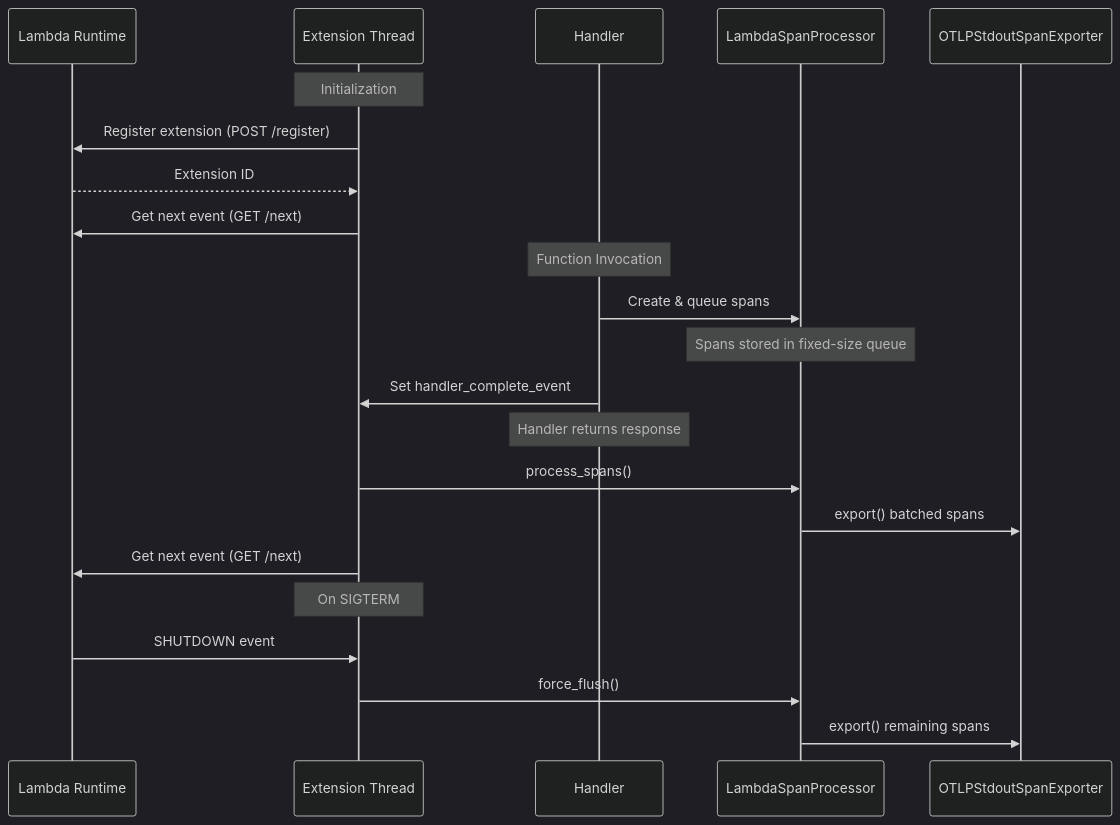
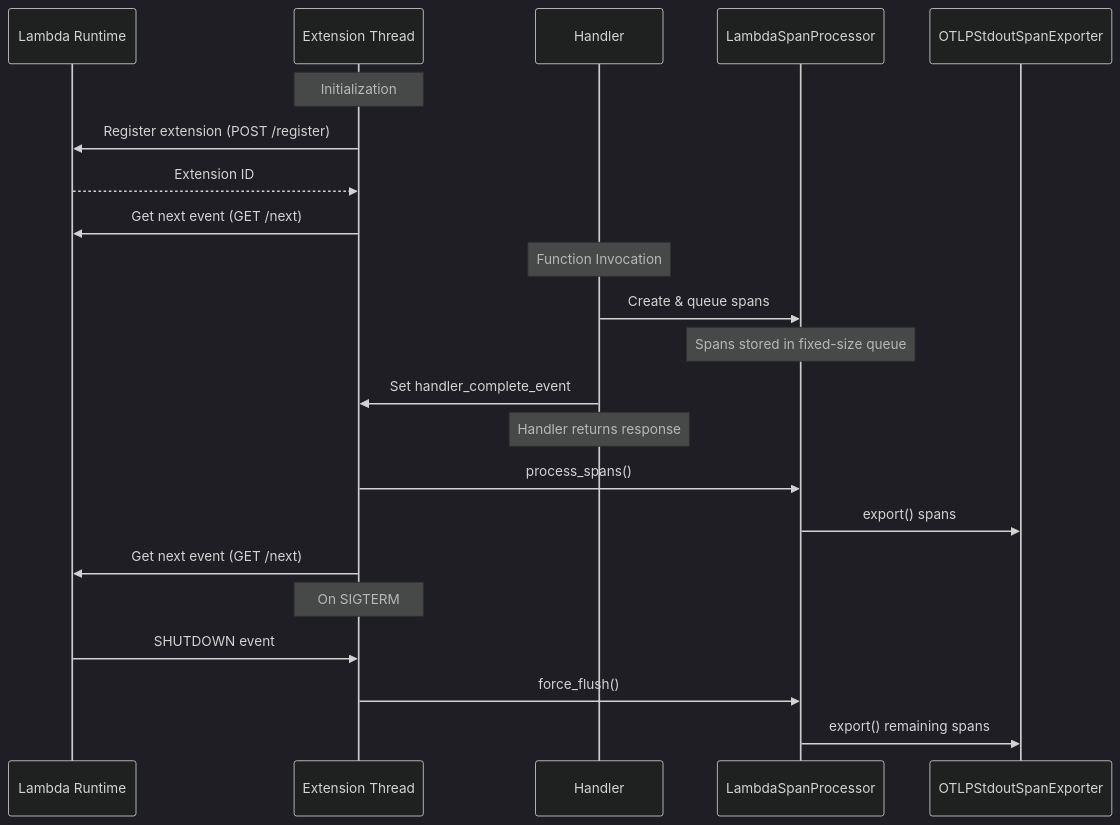
The diagram in packages/python/lambda-otel-lite/README.md (dev7a/serverless-otlp-forwarder), drawn with Mermaid (dark theme) before and after one commit. The commit also changed other lines of this file and 7 other files, not shown here.

````diff
--- a/packages/python/lambda-otel-lite/README.md
+++ b/packages/python/lambda-otel-lite/README.md
@@ -186,29 +186,29 @@
 ```mermaid
 sequenceDiagram
     participant Lambda Runtime
     participant Extension Thread
     participant Handler
     participant LambdaSpanProcessor
     participant OTLPStdoutSpanExporter
 
     Note over Extension Thread: Initialization
     Extension Thread->>Lambda Runtime: Register extension (POST /register)
     Lambda Runtime-->>Extension Thread: Extension ID
     Extension Thread->>Lambda Runtime: Get next event (GET /next)
 
     Note over Handler: Function Invocation
     Handler->>LambdaSpanProcessor: Create & queue spans
     Note over LambdaSpanProcessor: Spans stored in fixed-size queue
 
     Handler->>Extension Thread: Set handler_complete_event
     Note over Handler: Handler returns response
 
     Extension Thread->>LambdaSpanProcessor: process_spans()
-    LambdaSpanProcessor->>OTLPStdoutSpanExporter: export() batched spans
+    LambdaSpanProcessor->>OTLPStdoutSpanExporter: export() spans
     Extension Thread->>Lambda Runtime: Get next event (GET /next)
 
     Note over Extension Thread: On SIGTERM
     Lambda Runtime->>Extension Thread: SHUTDOWN event
     Extension Thread->>LambdaSpanProcessor: force_flush()
     LambdaSpanProcessor->>OTLPStdoutSpanExporter: export() remaining spans
 ```
````
